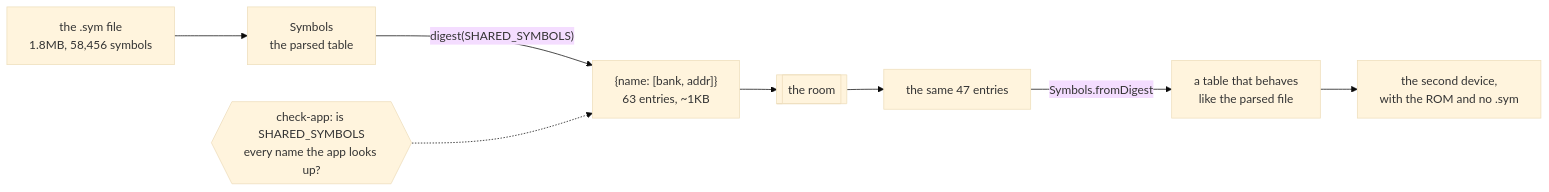
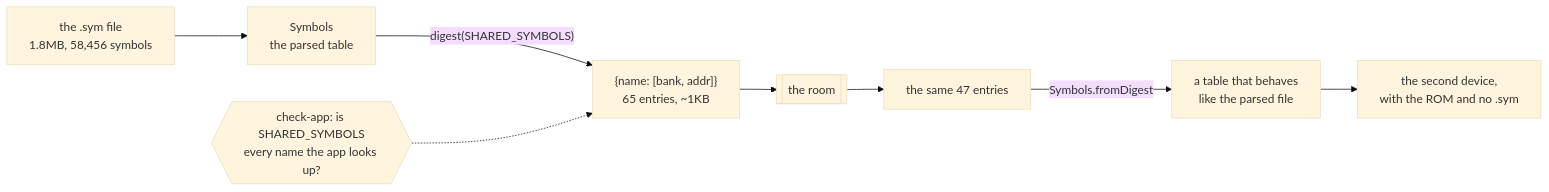
Diagram 48 of 49 in docs/CODE.md (minormending/crystal-pilot-mobile), drawn with Mermaid (base theme) before and after one commit. The commit also changed other lines of this file and 4 other files, not shown here.

````diff
--- a/docs/CODE.md
+++ b/docs/CODE.md
@@ -5959,10 +6081,10 @@
 ```mermaid
 flowchart LR
     F["the .sym file<br/>1.8MB, 58,456 symbols"] --> S["Symbols<br/>the parsed table"]
-    S -->|"digest(SHARED_SYMBOLS)"| D["{name: [bank, addr]}<br/>63 entries, ~1KB"]
+    S -->|"digest(SHARED_SYMBOLS)"| D["{name: [bank, addr]}<br/>65 entries, ~1KB"]
     D --> R[["the room"]]
     R --> D2["the same 47 entries"]
     D2 -->|"Symbols.fromDigest"| T["a table that behaves<br/>like the parsed file"]
     T --> APP["the second device,<br/>with the ROM and no .sym"]
     C{{"check-app: is SHARED_SYMBOLS<br/>every name the app looks up?"}} -.-> D
 ```
````
